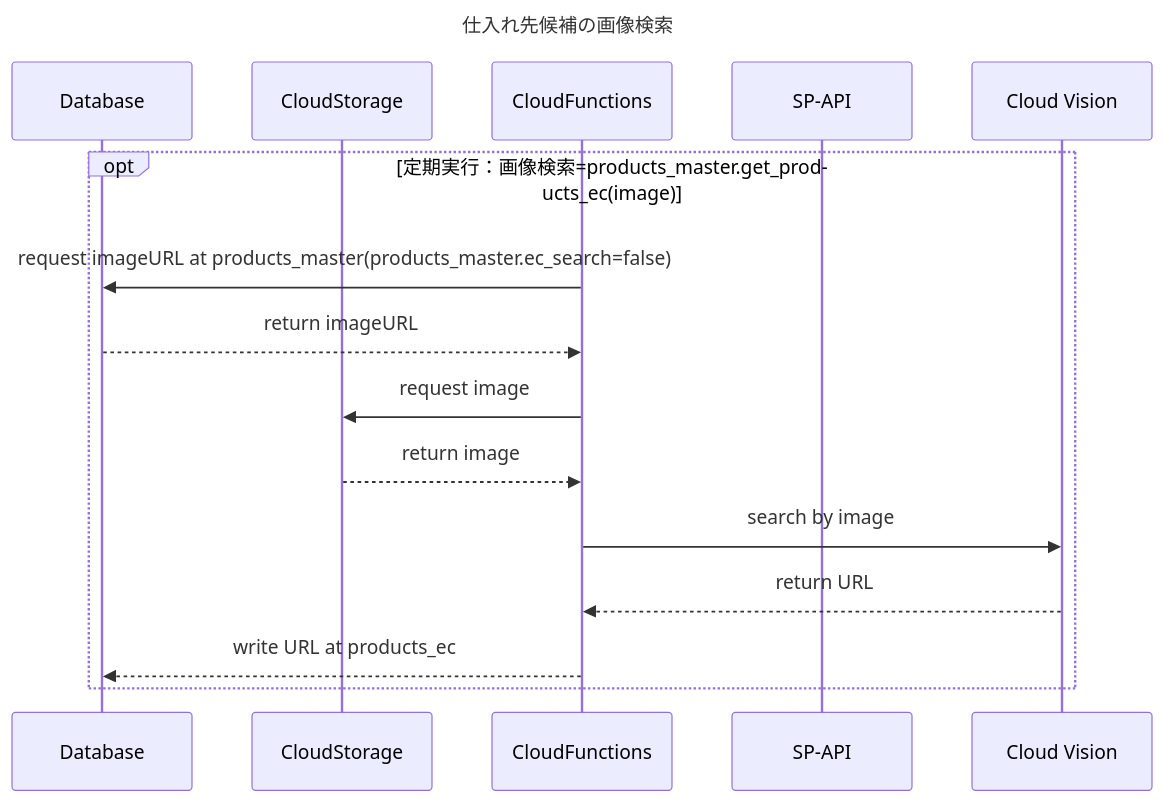
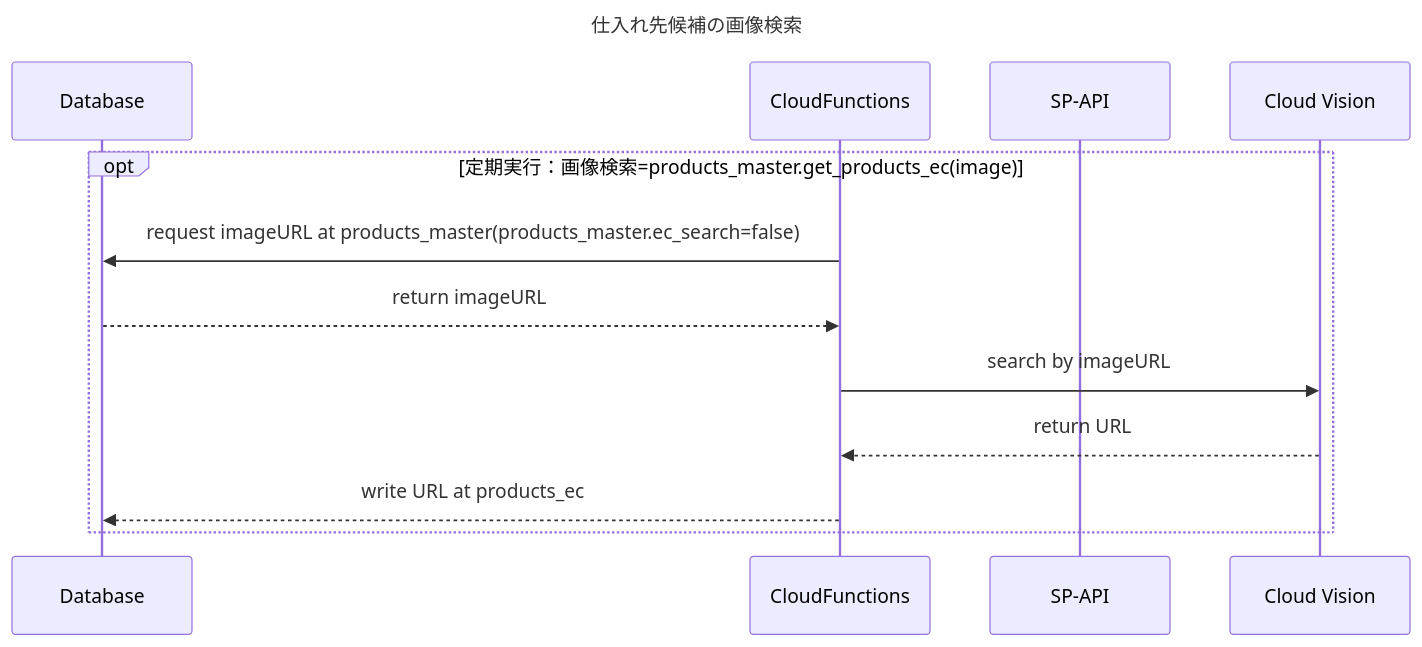
One commit to Hanato238/ASIN_search_dev changed the diagram in SQ/research_SQ_image_search.md. Above: the diagram before and after it, drawn with Mermaid. The commit also changed 4 other files, not shown here.

Commit message:
modify architecture

````diff
--- a/SQ/research_SQ_image_search.md
+++ b/SQ/research_SQ_image_search.md
@@ -1,20 +1,17 @@
 ```mermaid
 ---
 title: '仕入れ先候補の画像検索'
 ---
 sequenceDiagram
     participant db as Database
-    participant cs as CloudStorage
     participant cf as CloudFunctions
     participant spapi as SP-API
     participant cvapi as Cloud Vision
         opt 定期実行：画像検索=products_master.get_products_ec(image)
             cf ->> db : request imageURL at products_master(products_master.ec_search=false)
             db -->> cf : return imageURL
-            cf ->> cs : request image
-            cs -->> cf : return image
-            cf ->> cvapi : search by image
+            cf ->> cvapi : search by imageURL
             cvapi -->> cf : return URL
             cf -->> db : write URL at products_ec
         end
 ```
````
